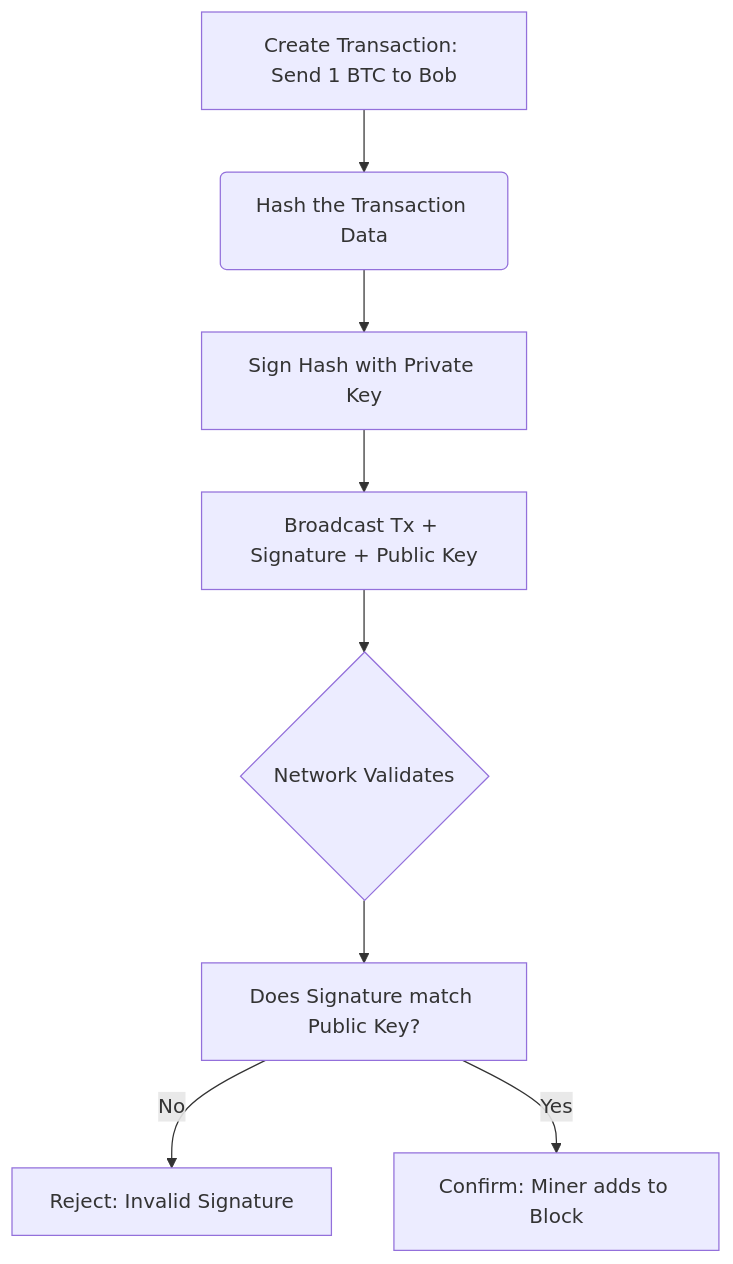
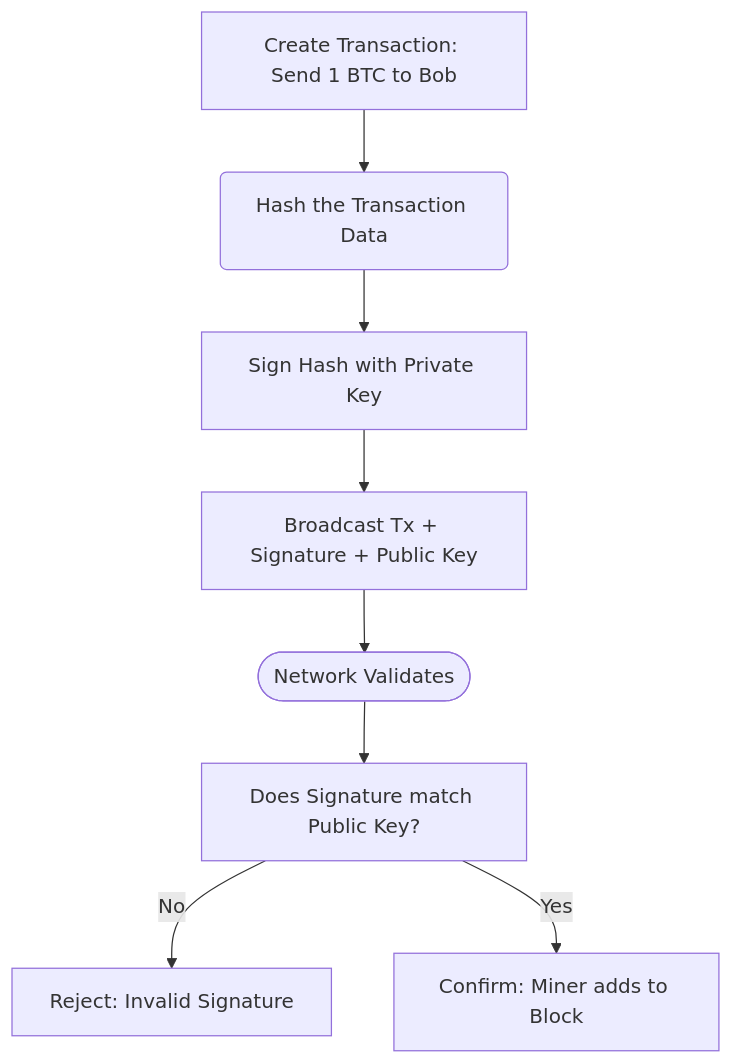
Before and after one commit to annabraun015-stack/krypto-watch: the diagram in src/content/blog/en/public-private-keys.mdx, drawn with Mermaid. The commit also changed other lines of this file and 53 other files, not shown here.

```diff
--- a/src/content/blog/en/public-private-keys.mdx
+++ b/src/content/blog/en/public-private-keys.mdx
@@ -103,10 +103,10 @@
 <div class="mermaid">
 graph TD
     A[Create Transaction: Send 1 BTC to Bob] --> B(Hash the Transaction Data)
     B --> C[Sign Hash with Private Key]
     C --> D[Broadcast Tx + Signature + Public Key]
-    D --> E{Network Validates}
+    D --> E([Network Validates])
     E --> F[Does Signature match Public Key?]
     F -- No --> G[Reject: Invalid Signature]
     F -- Yes --> H[Confirm: Miner adds to Block]
 </div>
```
